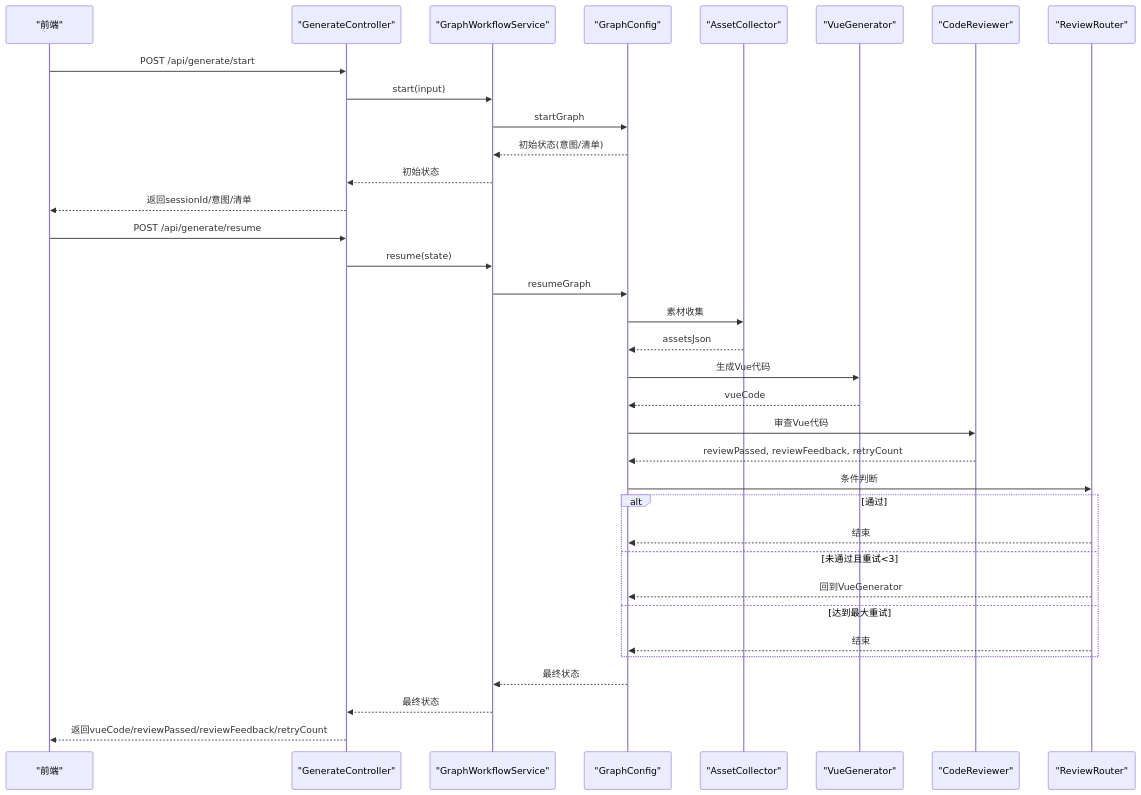
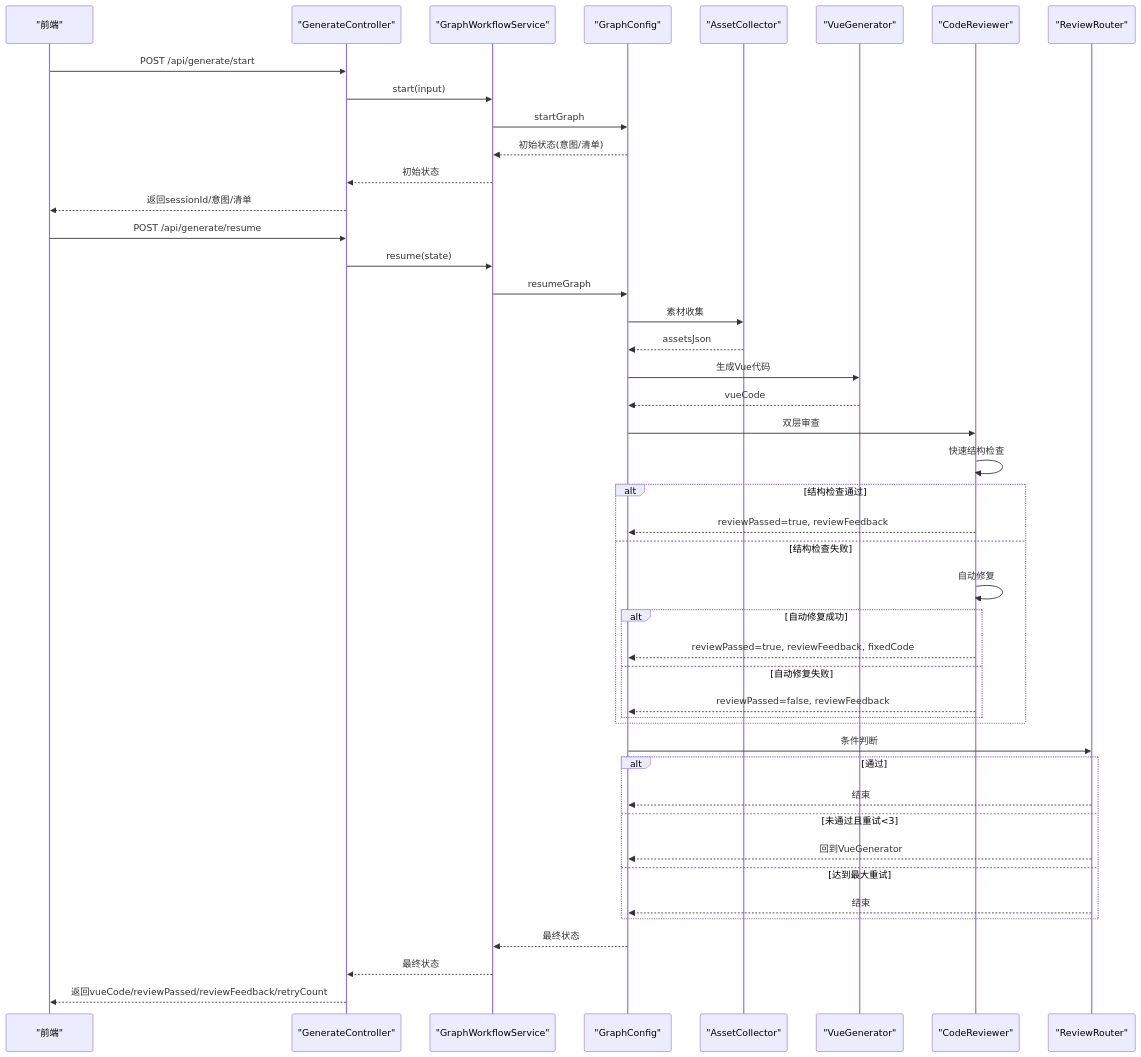
Before and after one commit to CyanYuKi/WebSiteFrontendCodeMother: the second of 6 diagrams in .qoder/repowiki/zh/content/AI工作流系统/AI节点分析/代码审查节点.md, drawn with Mermaid. The commit also changed other lines of this file and 21 other files, not shown here.

````diff
--- a/.qoder/repowiki/zh/content/AI工作流系统/AI节点分析/代码审查节点.md
+++ b/.qoder/repowiki/zh/content/AI工作流系统/AI节点分析/代码审查节点.md
@@ -91,37 +101,47 @@
 ```mermaid
 sequenceDiagram
 participant FE as "前端"
 participant API as "GenerateController"
 participant GW as "GraphWorkflowService"
 participant CFG as "GraphConfig"
 participant AC as "AssetCollector"
 participant VG as "VueGenerator"
 participant CR as "CodeReviewer"
 participant RR as "ReviewRouter"
 FE->>API : POST /api/generate/start
 API->>GW : start(input)
 GW->>CFG : startGraph
 CFG-->>GW : 初始状态(意图/清单)
 GW-->>API : 初始状态
 API-->>FE : 返回sessionId/意图/清单
 FE->>API : POST /api/generate/resume
 API->>GW : resume(state)
 GW->>CFG : resumeGraph
 CFG->>AC : 素材收集
 AC-->>CFG : assetsJson
 CFG->>VG : 生成Vue代码
 VG-->>CFG : vueCode
-CFG->>CR : 审查Vue代码
-CR-->>CFG : reviewPassed, reviewFeedback, retryCount
+CFG->>CR : 双层审查
+CR->>CR : 快速结构检查
+alt 结构检查通过
+CR-->>CFG : reviewPassed=true, reviewFeedback
+else 结构检查失败
+CR->>CR : 自动修复
+alt 自动修复成功
+CR-->>CFG : reviewPassed=true, reviewFeedback, fixedCode
+else 自动修复失败
+CR-->>CFG : reviewPassed=false, reviewFeedback
+end
+end
 CFG->>RR : 条件判断
 alt 通过
 RR-->>CFG : 结束
 else 未通过且重试<3
 RR-->>CFG : 回到VueGenerator
 else 达到最大重试
 RR-->>CFG : 结束
 end
 CFG-->>GW : 最终状态
 GW-->>API : 最终状态
 API-->>FE : 返回vueCode/reviewPassed/reviewFeedback/retryCount
 ```
````
